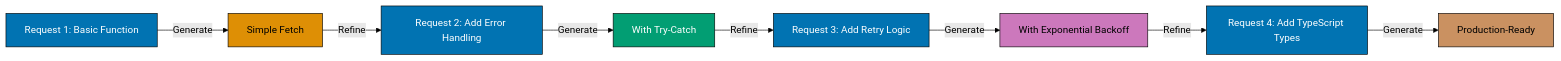
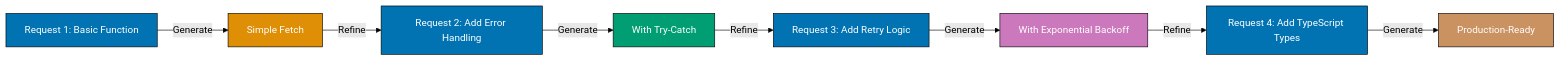
The fourth of 6 diagrams in apps/ayokoding-web/content/en/learn/software-engineering/automation-tools/claude-code/by-example/beginner.md (wahidyankf/open-sharia-enterprise), drawn with Mermaid (forest theme) before and after one commit. The commit also changed other lines of this file and 1 other file, not shown here.

First line of the commit message:
fix(ayokoding-web): remove invalid style commands from Mermaid sequence diagrams

````diff
--- a/apps/ayokoding-web/content/en/learn/software-engineering/automation-tools/claude-code/by-example/beginner.md
+++ b/apps/ayokoding-web/content/en/learn/software-engineering/automation-tools/claude-code/by-example/beginner.md
@@ -283,19 +273,19 @@
 ```mermaid
 graph LR
     A[Request 1: Basic Function] -->|Generate| B[Simple Fetch]
     B -->|Refine| C[Request 2: Add Error Handling]
     C -->|Generate| D[With Try-Catch]
     D -->|Refine| E[Request 3: Add Retry Logic]
     E -->|Generate| F[With Exponential Backoff]
     F -->|Refine| G[Request 4: Add TypeScript Types]
     G -->|Generate| H[Production-Ready]
 
     style A fill:#0173B2,stroke:#000,color:#fff
     style C fill:#0173B2,stroke:#000,color:#fff
     style E fill:#0173B2,stroke:#000,color:#fff
     style G fill:#0173B2,stroke:#000,color:#fff
-    style B fill:#DE8F05,stroke:#000,color:#000
+    style B fill:#DE8F05,stroke:#000,color:#fff
     style D fill:#029E73,stroke:#000,color:#fff
-    style F fill:#CC78BC,stroke:#000,color:#000
-    style H fill:#CA9161,stroke:#000,color:#000
+    style F fill:#CC78BC,stroke:#000,color:#fff
+    style H fill:#CA9161,stroke:#000,color:#fff
 ```
````
